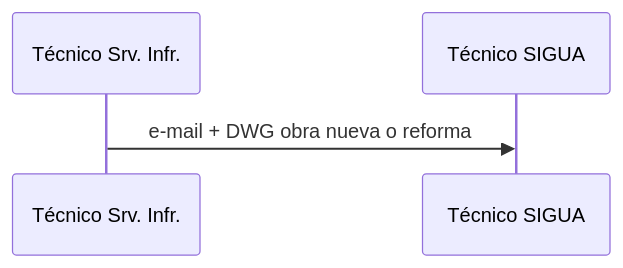
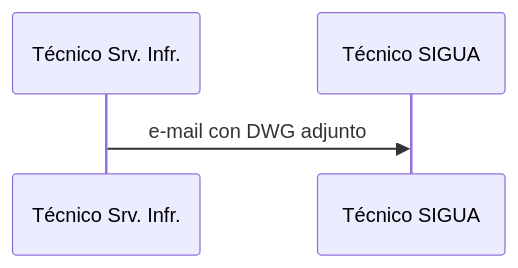
One commit to labgeo/ua-mods changed the diagram in v-cad-get.md. Above: the diagram before and after it, drawn with Mermaid.

```diff
--- a/v-cad-get.md
+++ b/v-cad-get.md
@@ -4,4 +4,4 @@
 {% mermaid %}
 sequenceDiagram;
-  Técnico Srv. Infr.->>Técnico SIGUA: e-mail + DWG obra nueva o reforma;
+  Técnico Srv. Infr.->>Técnico SIGUA: e-mail con DWG adjunto;
 {% endmermaid %}
```
